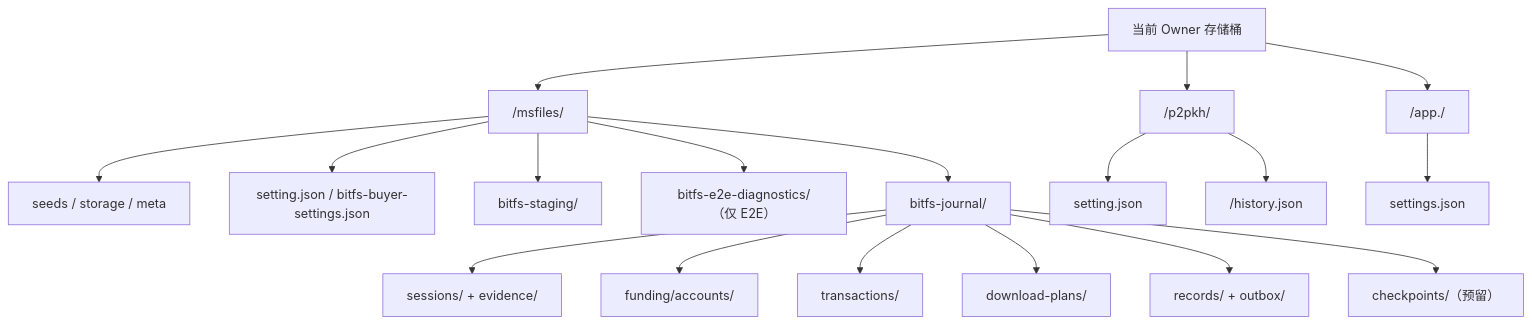
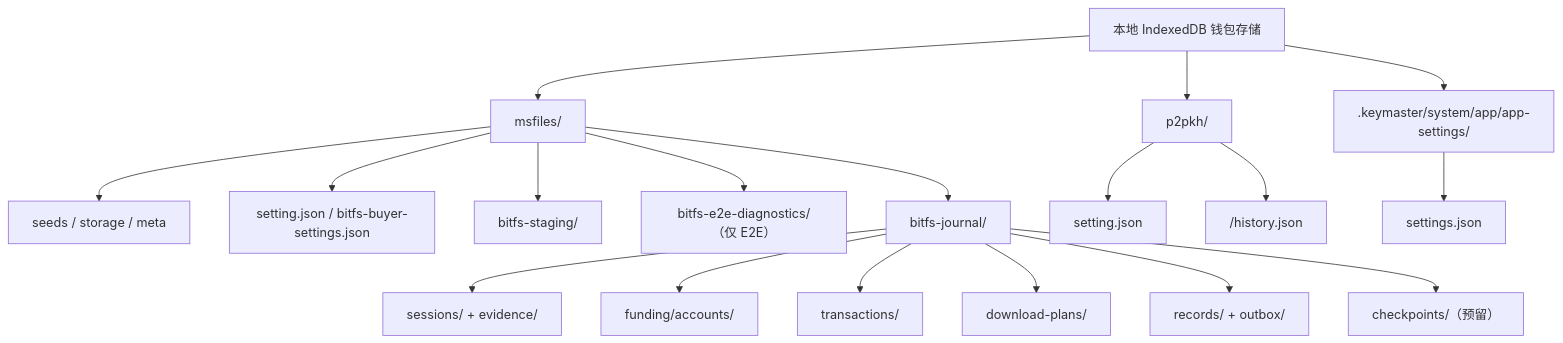
The first of 3 diagrams in docs/bitfs/存储布局与生命周期.md (bsv8/keymaster.cc), drawn with Mermaid before and after one commit. The commit also changed other lines of this file and 308 other files, not shown here.

````diff
--- a/docs/bitfs/存储布局与生命周期.md
+++ b/docs/bitfs/存储布局与生命周期.md
@@ -19,23 +19,23 @@
 ```mermaid
 flowchart TB
-    bucket["当前 Owner 存储桶"] --> msfilesRoot["<owner>/msfiles/"]
-    bucket --> p2pkhRoot["<owner>/p2pkh/"]
-    bucket --> appRoot["<owner>/app.<publisher>/"]
+    wallet["本地 IndexedDB 钱包存储"] --> msfilesRoot["msfiles/"]
+    wallet --> p2pkhRoot["p2pkh/"]
+    wallet --> appRoot[".keymaster/system/app/app-settings/"]
 
     msfilesRoot --> content["seeds / storage / meta"]
     msfilesRoot --> settings["setting.json / bitfs-buyer-settings.json"]
     msfilesRoot --> staging["bitfs-staging/"]
     msfilesRoot --> diagnostics["bitfs-e2e-diagnostics/（仅 E2E）"]
     msfilesRoot --> journalRoot["bitfs-journal/"]
 
     journalRoot --> sessions["sessions/ + evidence/"]
     journalRoot --> funding["funding/accounts/"]
     journalRoot --> transactions["transactions/"]
     journalRoot --> plans["download-plans/"]
     journalRoot --> quoteOutbox["records/ + outbox/"]
     journalRoot --> checkpoint["checkpoints/（预留）"]
 
     p2pkhRoot --> fee["setting.json"]
     p2pkhRoot --> history["<main|test>/history.json"]
     appRoot --> appSettings["settings.json"]
 ```
````
